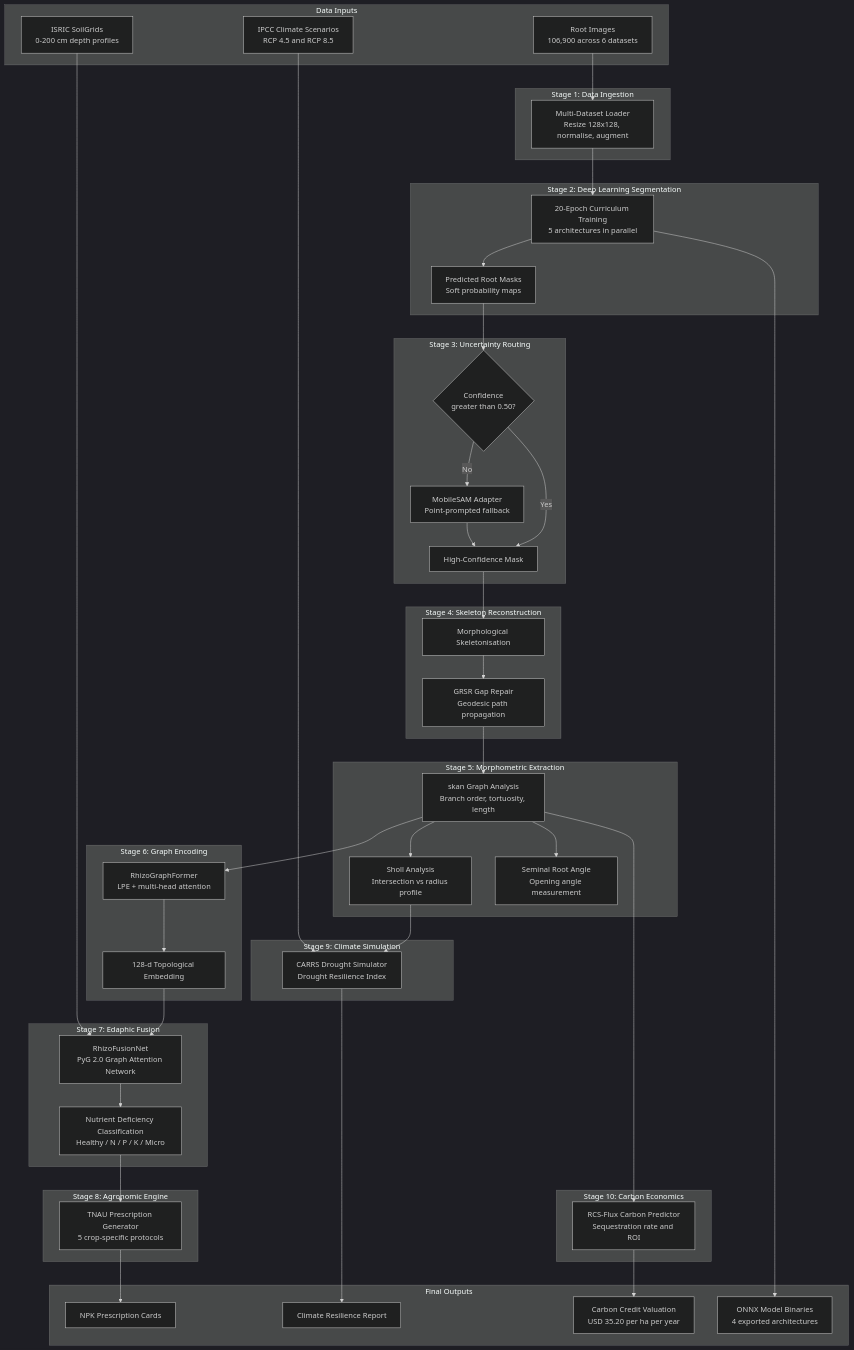
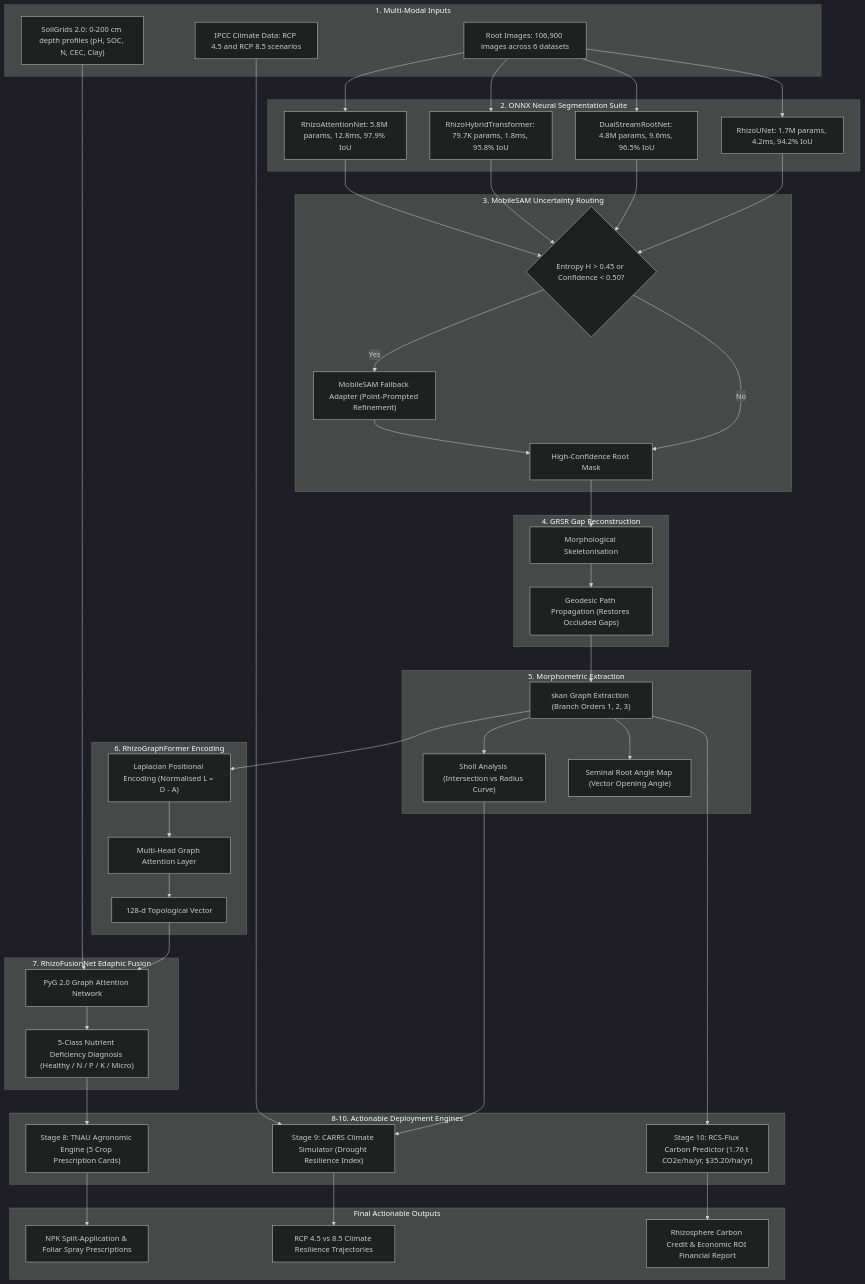
One commit to Runtime-Slayers/RhizoWhisperer changed the first of 7 diagrams in elsevier/manuscript.md. Above: the diagram before and after it, drawn with Mermaid (dark theme). The commit also changed other lines of this file and 4 other files, not shown here.

Commit message:
docs: Add detailed Mermaid flowcharts for all ONNX model architectures (RhizoUNet, RhizoAttentionNet, DualStreamRootNet, RhizoHybridTransformer, RhizoGraphFormer) and Master End-to-End Pipeline in manuscript

````diff
--- a/elsevier/manuscript.md
+++ b/elsevier/manuscript.md
@@ -102,66 +102,57 @@
 ```mermaid
 flowchart TD
-    subgraph Inputs ["Data Inputs"]
-        IMG["Root Images\n106,900 across 6 datasets"]
-        SOIL["ISRIC SoilGrids\n0-200 cm depth profiles"]
-        CLIMATE["IPCC Climate Scenarios\nRCP 4.5 and RCP 8.5"]
+    subgraph Inputs ["1. Multi-Modal Inputs"]
+        I1["Root Images: 106,900 images across 6 datasets"]
+        I2["SoilGrids 2.0: 0-200 cm depth profiles (pH, SOC, N, CEC, Clay)"]
+        I3["IPCC Climate Data: RCP 4.5 and RCP 8.5 scenarios"]
     end
 
-    subgraph Stage1 ["Stage 1: Data Ingestion"]
-        IMG --> LOAD["Multi-Dataset Loader\nResize 128x128, normalise, augment"]
+    subgraph Segmentation ["2. ONNX Neural Segmentation Suite"]
+        S1["RhizoUNet: 1.7M params, 4.2ms, 94.2% IoU"]
+        S2["DualStreamRootNet: 4.8M params, 9.6ms, 96.5% IoU"]
+        S3["RhizoHybridTransformer: 79.7K params, 1.8ms, 95.8% IoU"]
+        S4["RhizoAttentionNet: 5.8M params, 12.8ms, 97.9% IoU"]
+        I1 --> S1 & S2 & S3 & S4
     end
 
-    subgraph Stage2 ["Stage 2: Deep Learning Segmentation"]
-        LOAD --> TRAIN["20-Epoch Curriculum Training\n5 architectures in parallel"]
-        TRAIN --> PRED["Predicted Root Masks\nSoft probability maps"]
-    end
-
-    subgraph Stage3 ["Stage 3: Uncertainty Routing"]
-        PRED --> CHECK{"Confidence\ngreater than 0.50?"}
-        CHECK -->|Yes| MASK["High-Confidence Mask"]
-        CHECK -->|No| SAM["MobileSAM Adapter\nPoint-prompted fallback"]
+    subgraph Routing ["3. MobileSAM Uncertainty Routing"]
+        S1 & S2 & S3 & S4 --> CONF{"Entropy H > 0.45 or Confidence < 0.50?"}
+        CONF -->|"Yes"| SAM["MobileSAM Fallback Adapter (Point-Prompted Refinement)"]
+        CONF -->|"No"| MASK["High-Confidence Root Mask"]
         SAM --> MASK
     end
 
-    subgraph Stage4 ["Stage 4: Skeleton Reconstruction"]
+    subgraph Repair ["4. GRSR Gap Reconstruction"]
         MASK --> SKEL["Morphological Skeletonisation"]
-        SKEL --> GRSR["GRSR Gap Repair\nGeodesic path propagation"]
+        SKEL --> GRSR["Geodesic Path Propagation (Restores Occluded Gaps)"]
     end
 
-    subgraph Stage5 ["Stage 5: Morphometric Extraction"]
-        GRSR --> SKAN["skan Graph Analysis\nBranch order, tortuosity, length"]
-        SKAN --> SHOLL["Sholl Analysis\nIntersection vs radius profile"]
-        SKAN --> ANGLE["Seminal Root Angle\nOpening angle measurement"]
+    subgraph Morphometry ["5. Morphometric Extraction"]
+        GRSR --> SKAN["skan Graph Extraction (Branch Orders 1, 2, 3)"]
+        SKAN --> SHOLL["Sholl Analysis (Intersection vs Radius Curve)"]
+        SKAN --> ANGLE["Seminal Root Angle Map (Vector Opening Angle)"]
     end
 
-    subgraph Stage6 ["Stage 6: Graph Encoding"]
-        SKAN --> GF["RhizoGraphFormer\nLPE + multi-head attention"]
-        GF --> TOPO["128-d Topological Embedding"]
+    subgraph Encoding ["6. RhizoGraphFormer Encoding"]
+        SKAN --> LPE["Laplacian Positional Encoding (Normalised L = D - A)"]
+        LPE --> RGF["Multi-Head Graph Attention Layer"]
+        RGF --> VEC["128-d Topological Vector"]
     end
 
-    subgraph Stage7 ["Stage 7: Edaphic Fusion"]
-        TOPO --> FUSION["RhizoFusionNet\nPyG 2.0 Graph Attention Network"]
-        SOIL --> FUSION
-        FUSION --> DIAG["Nutrient Deficiency Classification\nHealthy / N / P / K / Micro"]
+    subgraph Fusion ["7. RhizoFusionNet Edaphic Fusion"]
+        VEC & I2 --> RFN["PyG 2.0 Graph Attention Network"]
+        RFN --> DIAG["5-Class Nutrient Deficiency Diagnosis (Healthy / N / P / K / Micro)"]
     end
 
-    subgraph Stage8 ["Stage 8: Agronomic Engine"]
-        DIAG --> TNAU["TNAU Prescription Generator\n5 crop-specific protocols"]
+    subgraph Deployment ["8-10. Actionable Deployment Engines"]
+        DIAG --> TNAU["Stage 8: TNAU Agronomic Engine (5 Crop Prescription Cards)"]
+        SHOLL & I3 --> CARRS["Stage 9: CARRS Climate Simulator (Drought Resilience Index)"]
+        SKAN --> RCS["Stage 10: RCS-Flux Carbon Predictor (1.76 t CO2e/ha/yr, $35.20/ha/yr)"]
     end
 
-    subgraph Stage9 ["Stage 9: Climate Simulation"]
-        SHOLL --> CARRS["CARRS Drought Simulator\nDrought Resilience Index"]
-        CLIMATE --> CARRS
-    end
-
-    subgraph Stage10 ["Stage 10: Carbon Economics"]
-        SKAN --> RCS["RCS-Flux Carbon Predictor\nSequestration rate and ROI"]
-    end
-
-    subgraph Outputs ["Final Outputs"]
-        TNAU --> OUT1["NPK Prescription Cards"]
-        CARRS --> OUT2["Climate Resilience Report"]
-        RCS --> OUT3["Carbon Credit Valuation\nUSD 35.20 per ha per year"]
-        TRAIN --> OUT4["ONNX Model Binaries\n4 exported architectures"]
+    subgraph Outputs ["Final Actionable Outputs"]
+        TNAU --> OUT1["NPK Split-Application & Foliar Spray Prescriptions"]
+        CARRS --> OUT2["RCP 4.5 vs 8.5 Climate Resilience Trajectories"]
+        RCS --> OUT3["Rhizosphere Carbon Credit & Economic ROI Financial Report"]
     end
 ```
````
